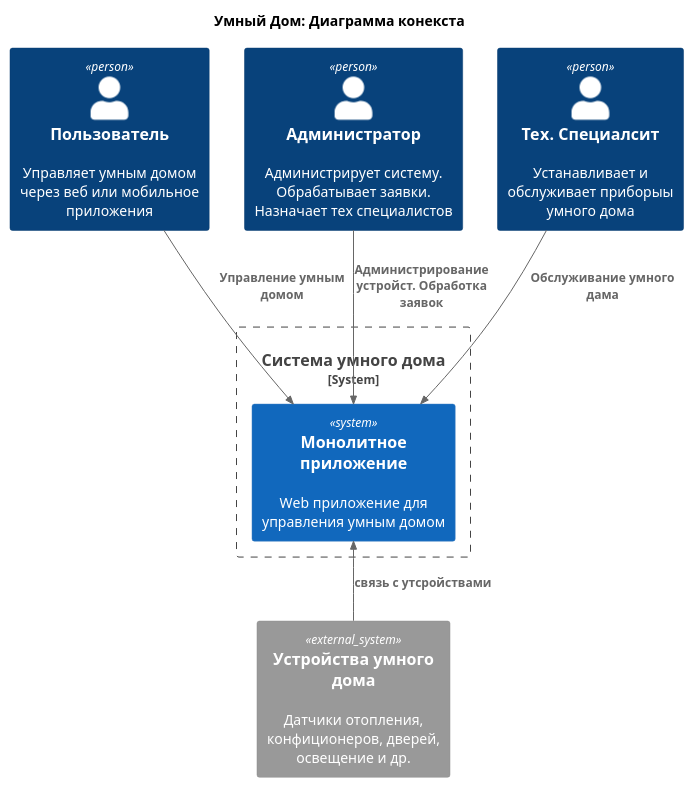
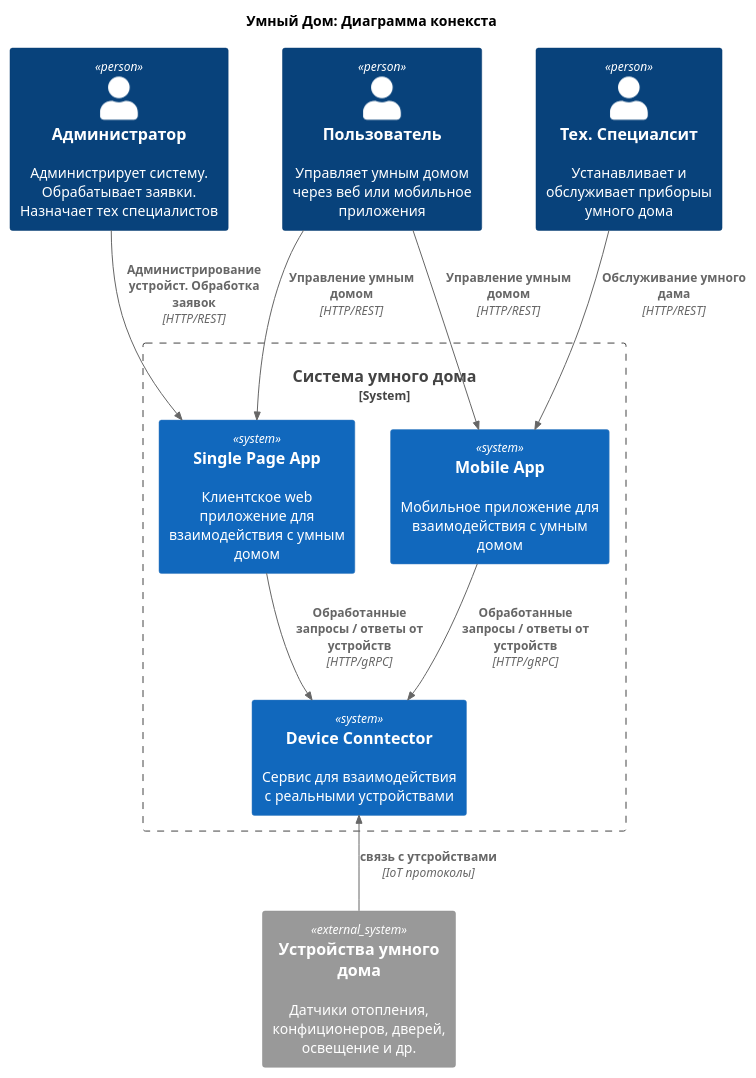
Before and after one commit to gushinyakov/architecture-sprint-3: the diagram in docs/diagram/asis_context.puml, drawn with PlantUML. The commit also changed 4 other files, not shown here.

Commit message:
Исправил замечания по схемам

```diff
--- a/docs/diagram/asis_context.puml
+++ b/docs/diagram/asis_context.puml
@@ -1,25 +1,33 @@
 @startuml
 !include https://raw.githubusercontent.com/plantuml-stdlib/C4-PlantUML/master/C4_Context.puml
 
 title "Умный Дом: Диаграмма конекста"
 
 Person(user, "Пользователь", "Управляет умным домом через веб или мобильное приложения")
 Person(admin, "Администратор", "Администрирует систему. Обрабатывает заявки. Назначает тех специалистов")
 Person(tech, "Тех. Специалсит", "Устанавливает и обслуживает приборыы умного дома")
 
 System_Boundary("SmartHomeSystem", "Система умного дома") {
-    System(monolith, "Монолитное приложение", "Web приложение для управления умным домом")
+    System(web, "Single Page App", "Клиентское web приложение для взаимодействия с умным домом")
+    System(mobile, "Mobile App", "Мобильное приложение для взаимодействия с умным домом")
+    System(deviceConnector, "Device Conntector", "Сервис для взаимодействия с реальными устройствами")
 }
 
 System_Ext(devices, "Устройства умного дома", "Датчики отопления, конфиционеров, дверей, освещение и др.")
 
 ' Взимодействие пользователей с приложением
-Rel_Down(user, monolith, "Управление умным домом")
-Rel_Down(admin, monolith, "Администрирование устройст. Обработка заявок")
-Rel_Down(tech, monolith, "Обслуживание умного дама")
+Rel_Down(user, web, "Управление умным домом", "HTTP/REST")
+Rel_Down(user, mobile, "Управление умным домом", "HTTP/REST")
+Rel_Down(admin, web, "Администрирование устройст. Обработка заявок", "HTTP/REST")
+Rel_Down(tech, mobile, "Обслуживание умного дама", "HTTP/REST")
+
+' Взимодействие серивисов с устройствами
+Rel_Down(web, deviceConnector, "Обработанные запросы / ответы от устройств", "HTTP/gRPC")
+Rel_Down(mobile, deviceConnector, "Обработанные запросы / ответы от устройств", "HTTP/gRPC")
+
 
 ' Взимодействие приборов с сервисами
-Rel_Up(devices, monolith, "связь с утсройствами")
+Rel_Up(devices, deviceConnector, "связь с утсройствами", "IoT протоколы")
 
 
 @enduml
```
